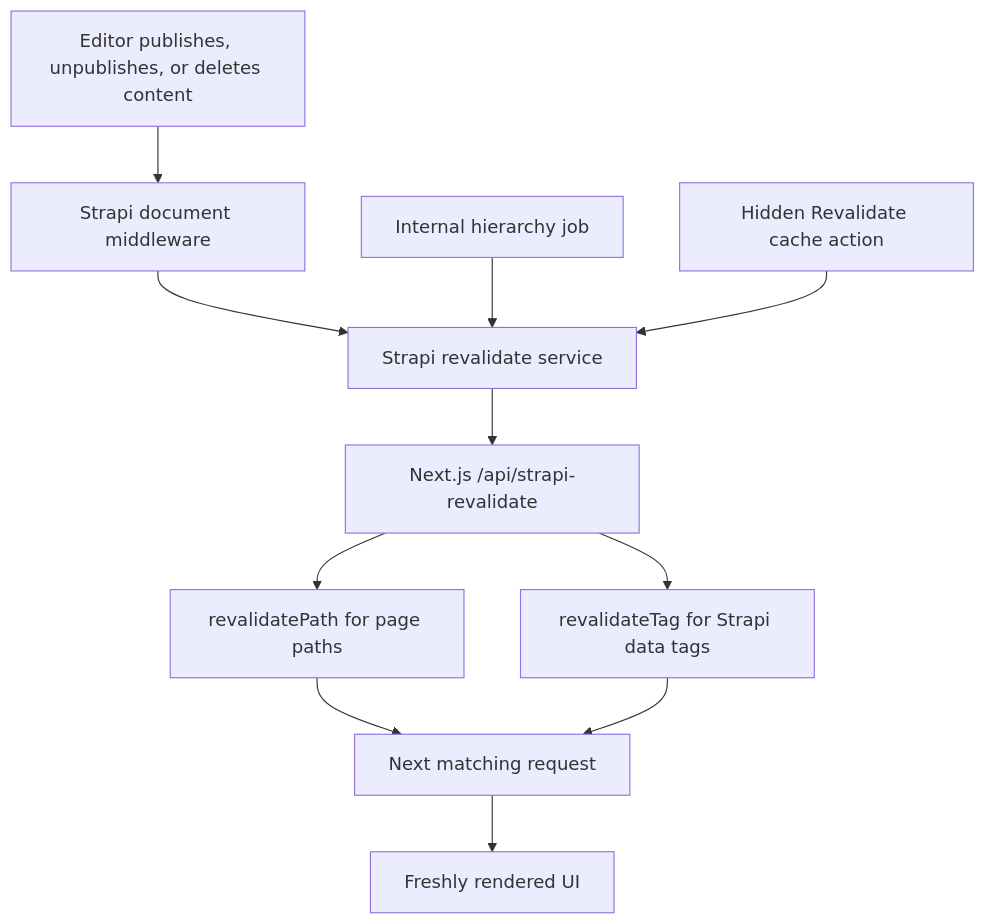
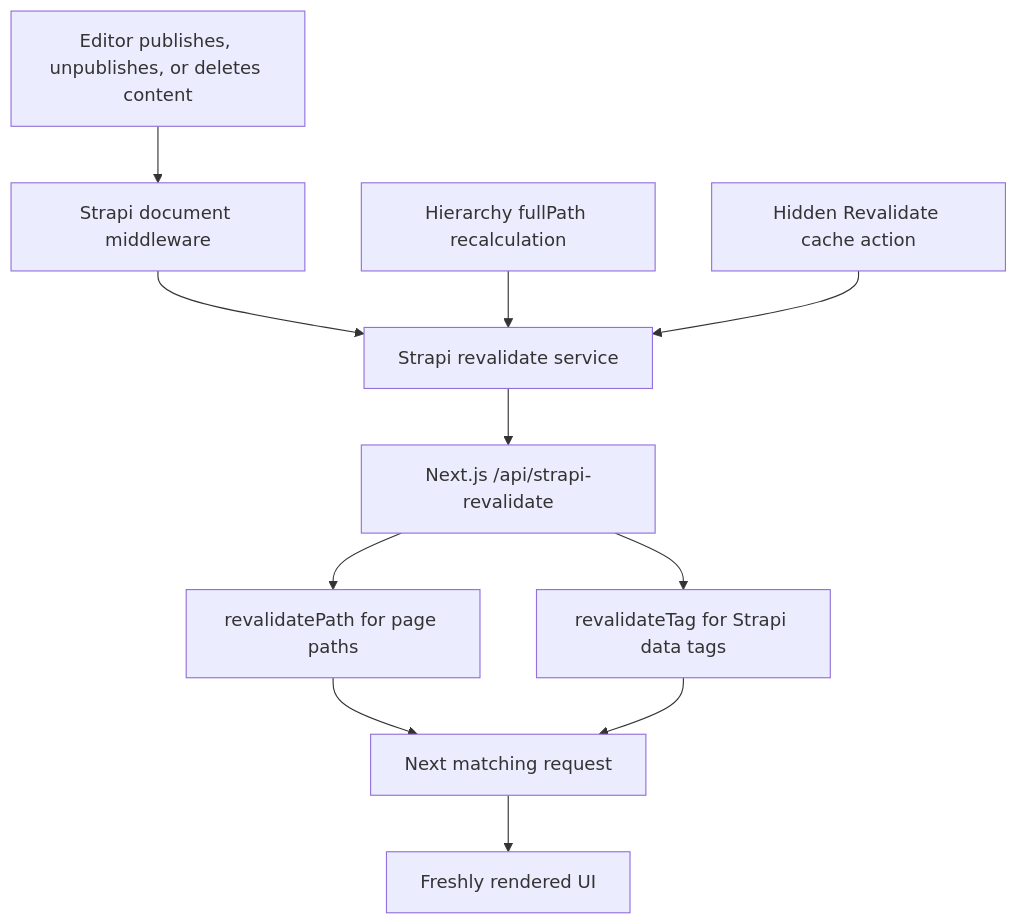
One commit to notum-cz/strapi-next-monorepo-starter changed the diagram in apps/docs/docs/reference/cache-revalidation.md. Above: the diagram before and after it, drawn with Mermaid. The commit also changed other lines of this file and 47 other files, not shown here.

First line of the commit message:
feat(strapi): on-demand page hierarchy recalculation & redirects (#339)

````diff
--- a/apps/docs/docs/reference/cache-revalidation.md
+++ b/apps/docs/docs/reference/cache-revalidation.md
@@ -26,23 +26,23 @@
 ```mermaid
 flowchart TD
   editor["Editor publishes, unpublishes, or deletes content"]
   middleware["Strapi document middleware"]
   service["Strapi revalidate service"]
   uiEndpoint["Next.js /api/strapi-revalidate"]
   pathCache["revalidatePath for page paths"]
   tagCache["revalidateTag for Strapi data tags"]
   nextRequest["Next matching request"]
   freshPage["Freshly rendered UI"]
 
-  internalJob["Internal hierarchy job"]
+  hierarchyRecalc["Hierarchy fullPath recalculation"]
   adminButton["Hidden Revalidate cache action"]
 
   editor --> middleware --> service --> uiEndpoint
-  internalJob --> service
+  hierarchyRecalc --> service
   adminButton --> service
   uiEndpoint --> pathCache
   uiEndpoint --> tagCache
   pathCache --> nextRequest
   tagCache --> nextRequest
   nextRequest --> freshPage
 ```
````
